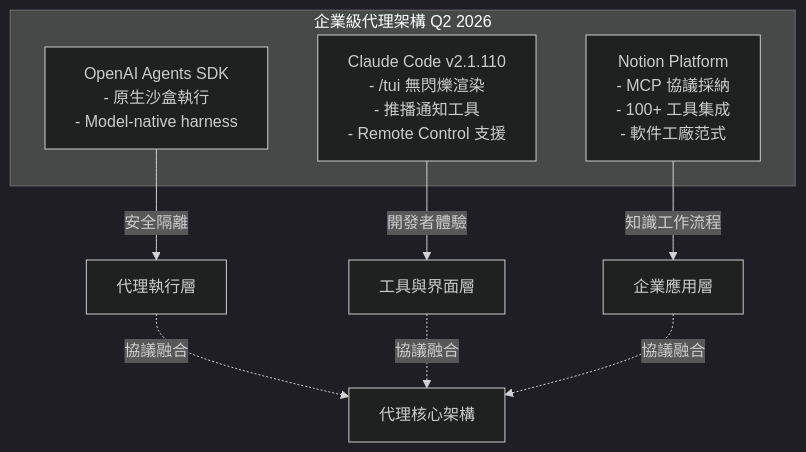
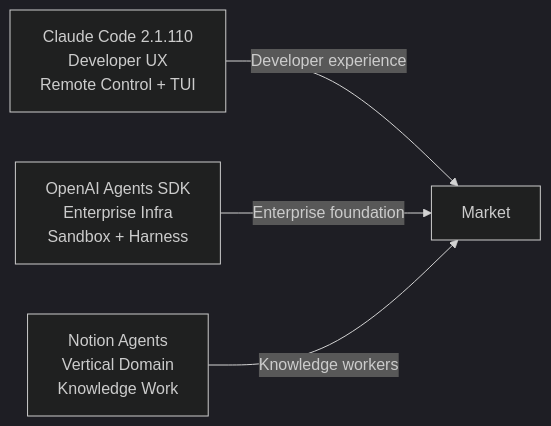
The first of 2 diagrams in 20-daily/2026-04-15.md (nick-xrex/ai-daily-content), drawn with Mermaid (dark theme) before and after one commit. The commit also changed other lines of this file and 58 other files, not shown here.

````diff
--- a/20-daily/2026-04-15.md
+++ b/20-daily/2026-04-15.md
@@ -47,14 +49,10 @@
 ```mermaid
-graph TB
-  subgraph Enterprise["企業級代理架構 Q2 2026"]
-    OpenAI["OpenAI Agents SDK<br/>- 原生沙盒執行<br/>- Model-native harness"]
-    Claude["Claude Code v2.1.110<br/>- /tui 無閃爍渲染<br/>- 推播通知工具<br/>- Remote Control 支援"]
-    Notion["Notion Platform<br/>- MCP 協議採納<br/>- 100+ 工具集成<br/>- 軟件工廠范式"]
-  end
-  OpenAI -->|安全隔離| SandboxLayer["代理執行層"]
-  Claude -->|開發者體驗| InterfaceLayer["工具與界面層"]
-  Notion -->|知識工作流程| KnowledgeLayer["企業應用層"]
-  SandboxLayer -.->|協議融合| CoreArch["代理核心架構"]
-  InterfaceLayer -.->|協議融合| CoreArch
-  KnowledgeLayer -.->|協議融合| CoreArch
+flowchart LR
+    CC["Claude Code 2.1.110<br/>Developer UX<br/>Remote Control + TUI"]
+    OA["OpenAI Agents SDK<br/>Enterprise Infra<br/>Sandbox + Harness"]
+    NM["Notion Agents<br/>Vertical Domain<br/>Knowledge Work"]
+    
+    CC -->|Developer experience| Market
+    OA -->|Enterprise foundation| Market
+    NM -->|Knowledge workers| Market
 ```
````
